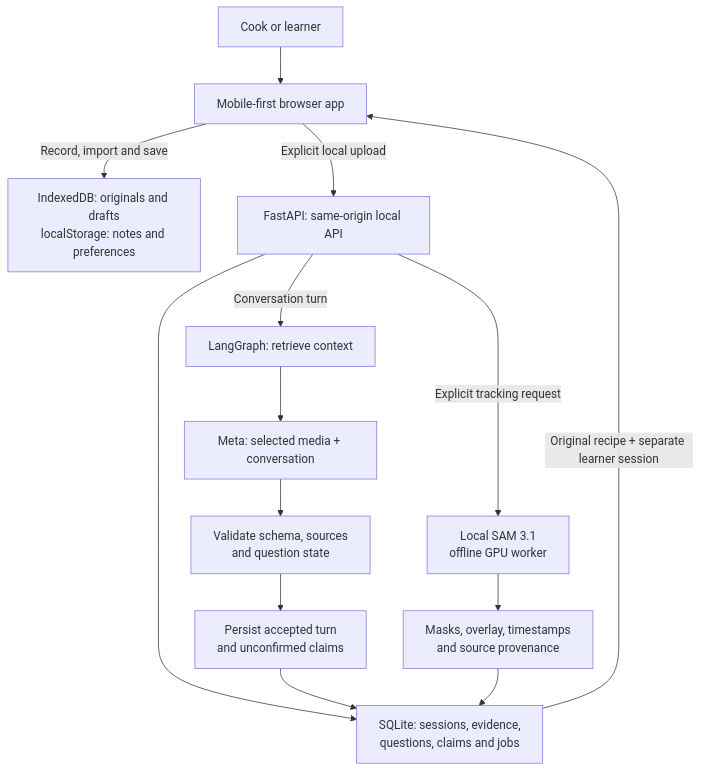
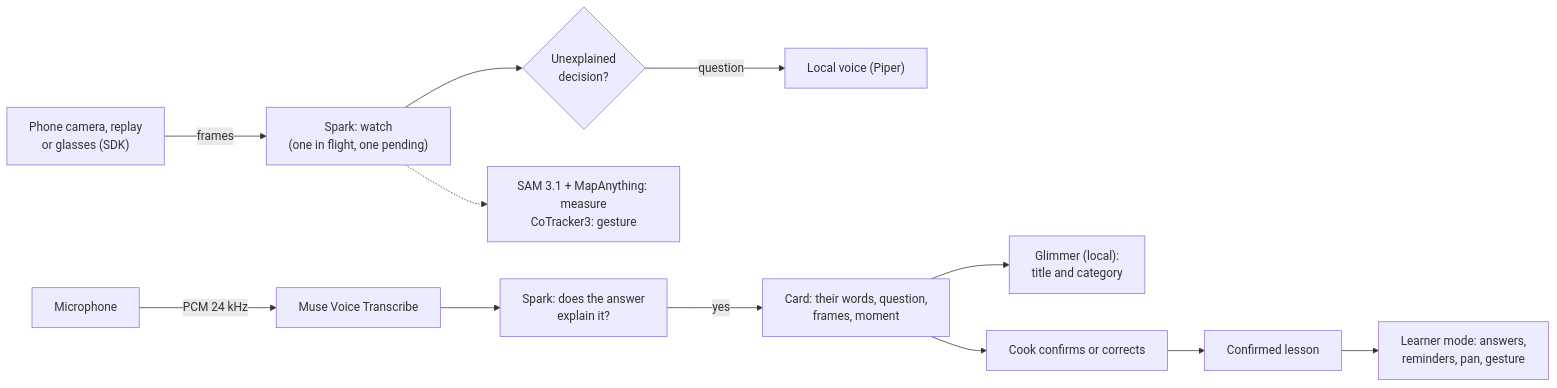
The diagram in README.md (DavidDiazMerino/compinche), drawn with Mermaid before and after one commit. The commit also changed other lines of this file and 5 other files, not shown here.

````diff
--- a/README.md
+++ b/README.md
@@ -143,16 +102,14 @@
 ```mermaid
-flowchart TD
-    Person["Cook or learner"] --> UI["Mobile-first browser app"]
-    UI -->|"Record, import and save"| Browser["IndexedDB: originals and drafts<br/>localStorage: notes and preferences"]
-    UI -->|"Explicit local upload"| API["FastAPI: same-origin local API"]
-    API --> DB["SQLite: sessions, evidence,<br/>questions, claims and jobs"]
-    API -->|"Conversation turn"| Retrieve["LangGraph: retrieve context"]
-    Retrieve --> Meta["Meta: selected media + conversation"]
-    Meta --> Validate["Validate schema, sources<br/>and question state"]
-    Validate --> Remember["Persist accepted turn<br/>and unconfirmed claims"]
-    Remember --> DB
-    API -->|"Explicit tracking request"| SAM["Local SAM 3.1<br/>offline GPU worker"]
-    SAM --> Artifacts["Masks, overlay, timestamps<br/>and source provenance"]
-    Artifacts --> DB
-    DB -->|"Original recipe + separate learner session"| UI
+flowchart LR
+    Cam["Phone camera, replay<br/>or glasses (SDK)"] -->|"frames"| Vision["Spark: watch<br/>(one in flight, one pending)"]
+    Mic["Microphone"] -->|"PCM 24 kHz"| ASR["Muse Voice Transcribe"]
+    Vision --> Gap{"Unexplained<br/>decision?"}
+    Gap -->|"question"| Voice["Local voice (Piper)"]
+    ASR --> Check["Spark: does the answer<br/>explain it?"]
+    Check -->|"yes"| Card["Card: their words, question,<br/>frames, moment"]
+    Card --> Glimmer["Glimmer (local):<br/>title and category"]
+    Card --> Review["Cook confirms or corrects"]
+    Review --> Lesson["Confirmed lesson"]
+    Lesson --> Learner["Learner mode: answers,<br/>reminders, pan, gesture"]
+    Vision -.-> Tools["SAM 3.1 + MapAnything: measure<br/>CoTracker3: gesture"]
 ```
````
